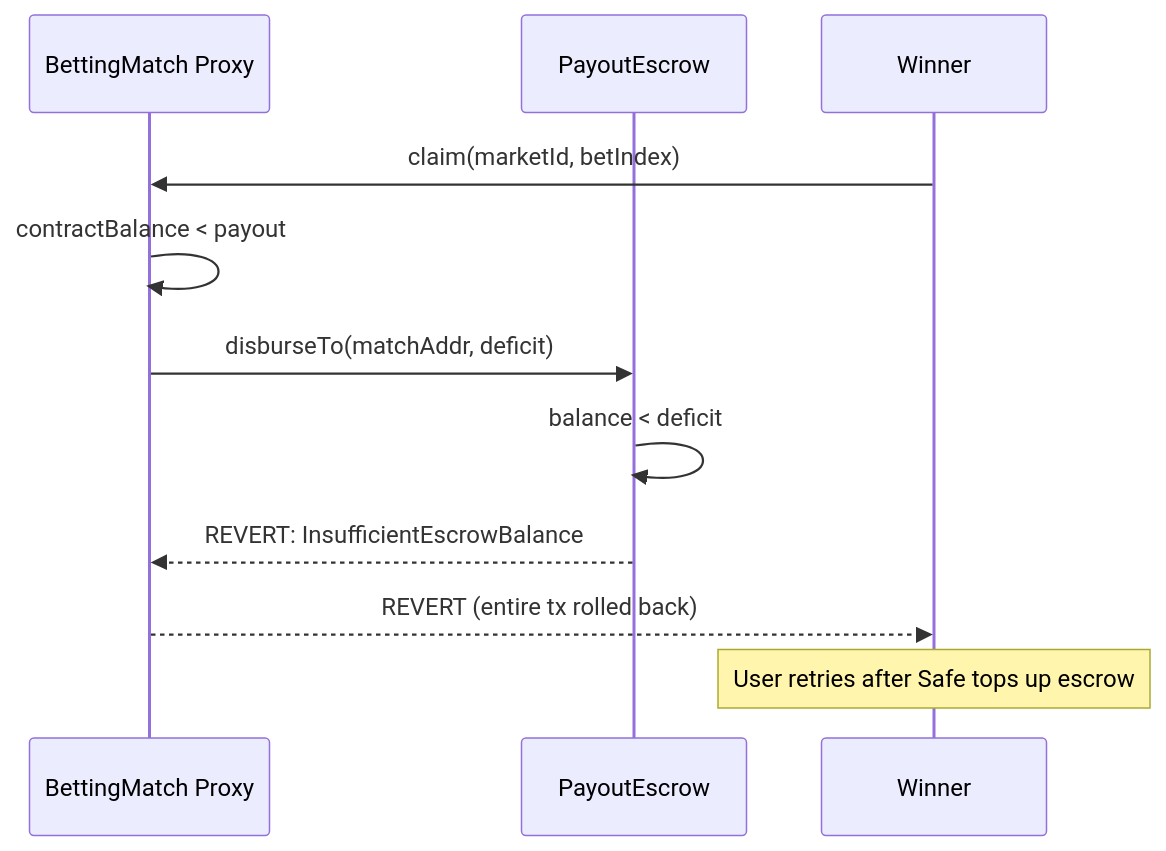
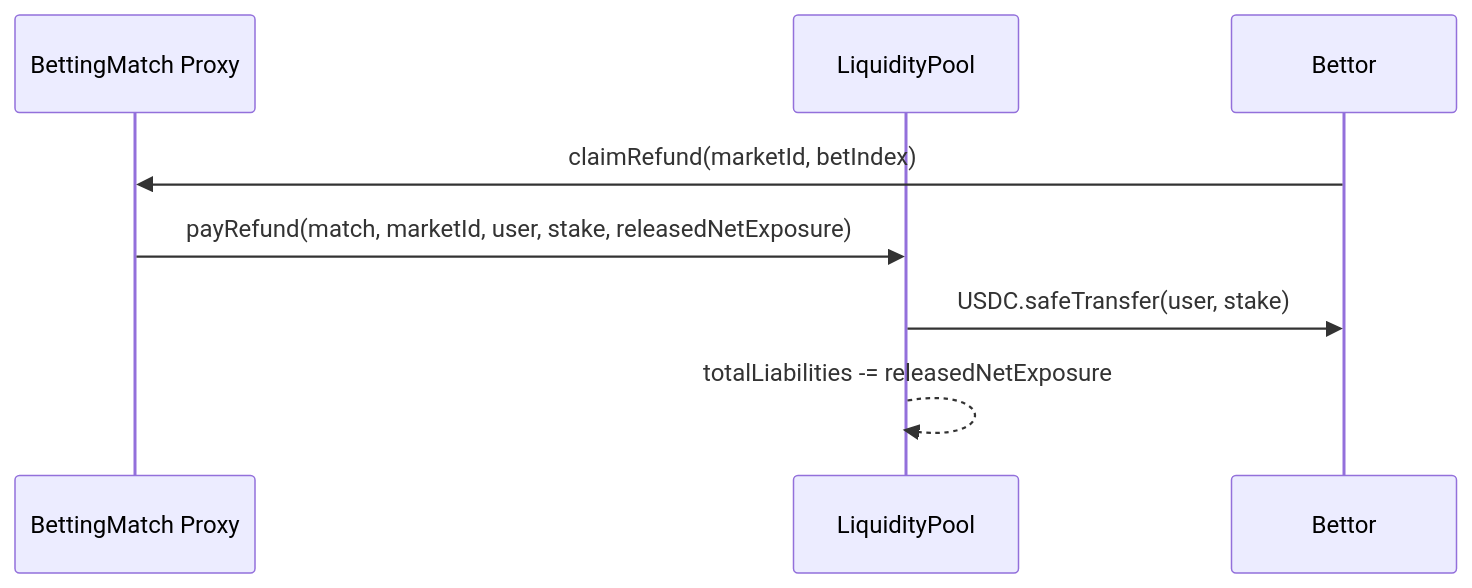
Before and after one commit to ChilizTV/smart-contracts: the second of 3 diagrams in chiliz-tv/docs/payout.md, drawn with Mermaid. The commit also changed other lines of this file and 8 other files, not shown here.

````diff
--- a/chiliz-tv/docs/payout.md
+++ b/chiliz-tv/docs/payout.md
@@ -63,14 +74,11 @@
 ```mermaid
 sequenceDiagram
     participant Match as BettingMatch Proxy
-    participant Escrow as PayoutEscrow
-    participant User as Winner
+    participant Pool as LiquidityPool
+    participant User as Bettor
 
-    User->>Match: claim(marketId, betIndex)
-    Match->>Match: contractBalance < payout
-    Match->>Escrow: disburseTo(matchAddr, deficit)
-    Escrow->>Escrow: balance < deficit
-    Escrow-->>Match: REVERT: InsufficientEscrowBalance
-    Match-->>User: REVERT (entire tx rolled back)
-    Note over User: User retries after Safe tops up escrow
+    User->>Match: claimRefund(marketId, betIndex)
+    Match->>Pool: payRefund(match, marketId, user, stake, releasedNetExposure)
+    Pool->>User: USDC.safeTransfer(user, stake)
+    Pool-->>Pool: totalLiabilities -= releasedNetExposure
 ```
````
